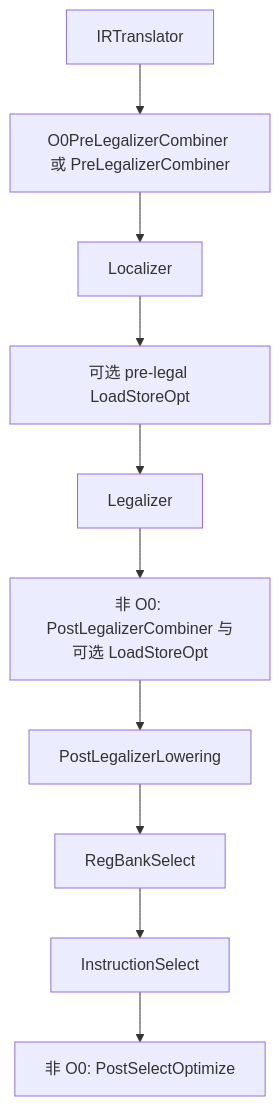
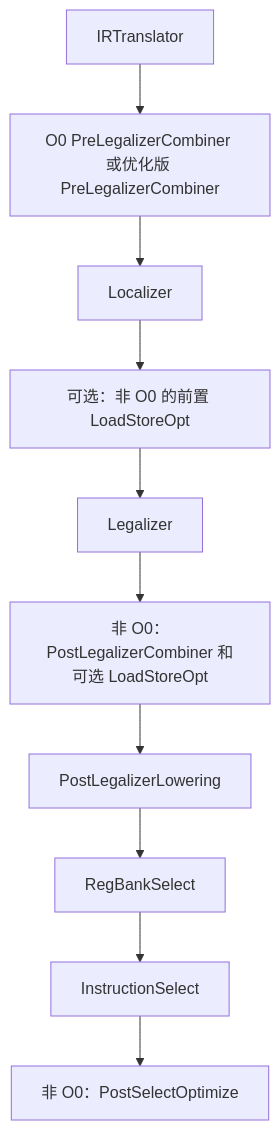
The fourth of 4 diagrams in llvm/inside-llvm-codegen/inside-llvm-codegen-ch7.md (liyangzmx/llvm-learn), drawn with Mermaid before and after one commit. The commit also changed other lines of this file and 147 other files, not shown here.

````diff
--- a/llvm/inside-llvm-codegen/inside-llvm-codegen-ch7.md
+++ b/llvm/inside-llvm-codegen/inside-llvm-codegen-ch7.md
@@ -1596,12 +738,12 @@
 ```mermaid
 flowchart TD
-  I[IRTranslator] --> P[O0PreLegalizerCombiner 或 PreLegalizerCombiner]
+  T[IRTranslator] --> P[O0 PreLegalizerCombiner 或优化版 PreLegalizerCombiner]
   P --> L[Localizer]
-  L --> O[可选 pre-legal LoadStoreOpt]
-  O --> Z[Legalizer]
-  Z --> C[非 O0: PostLegalizerCombiner 与可选 LoadStoreOpt]
-  C --> W[PostLegalizerLowering]
-  W --> R[RegBankSelect]
-  R --> S[InstructionSelect]
-  S --> F[非 O0: PostSelectOptimize]
+  L --> O1[可选：非 O0 的前置 LoadStoreOpt]
+  O1 --> Z[Legalizer]
+  Z --> C[非 O0：PostLegalizerCombiner 和可选 LoadStoreOpt]
+  C --> D[PostLegalizerLowering]
+  D --> B[RegBankSelect]
+  B --> I[InstructionSelect]
+  I --> O2[非 O0：PostSelectOptimize]
 ```
````
